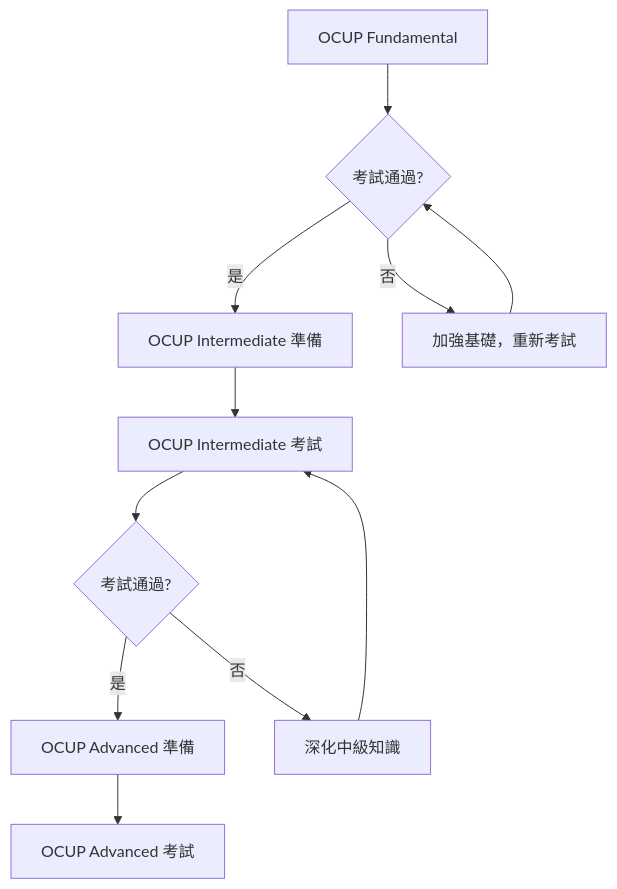
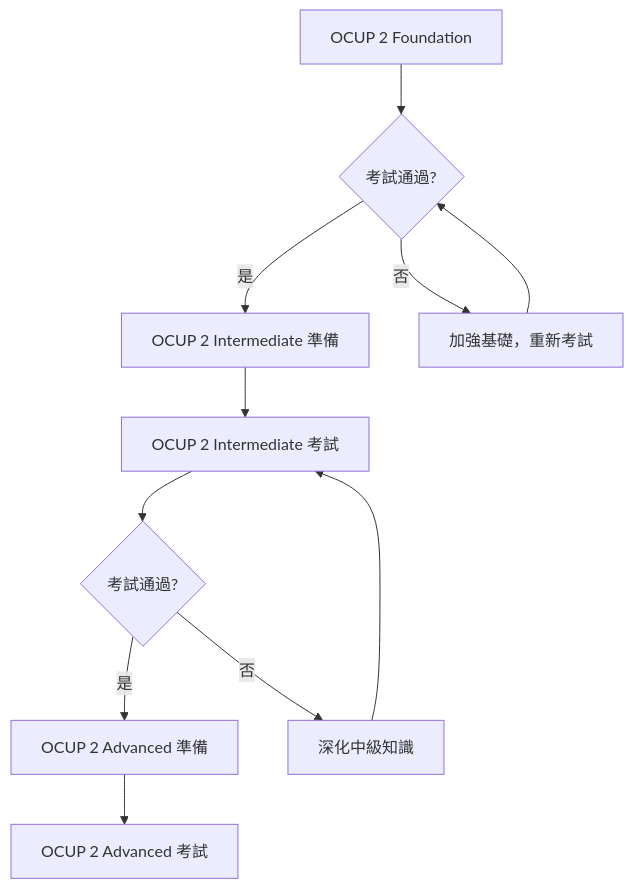
Before and after one commit to chihhung/Blog: diagram 40 of 49 in content/posts/教學/分析與設計/物件導向分析與設計 (OOAD) 教學.md, drawn with Mermaid. The commit also changed other lines of this file, not shown here.

````diff
--- a/content/posts/教學/分析與設計/物件導向分析與設計 (OOAD) 教學.md
+++ b/content/posts/教學/分析與設計/物件導向分析與設計 (OOAD) 教學.md
@@ -6264,14 +5189,14 @@
 ```mermaid
 flowchart TD
-    A[OCUP Fundamental] --> B{考試通過?}
-    B -->|是| C[OCUP Intermediate 準備]
+    A[OCUP 2 Foundation] --> B{考試通過?}
+    B -->|是| C[OCUP 2 Intermediate 準備]
     B -->|否| D[加強基礎，重新考試]
-    C --> E[OCUP Intermediate 考試]
+    C --> E[OCUP 2 Intermediate 考試]
     E --> F{考試通過?}
-    F -->|是| G[OCUP Advanced 準備]
+    F -->|是| G[OCUP 2 Advanced 準備]
     F -->|否| H[深化中級知識]
-    G --> I[OCUP Advanced 考試]
+    G --> I[OCUP 2 Advanced 考試]
     
     D --> B
     H --> E
 ```
````
